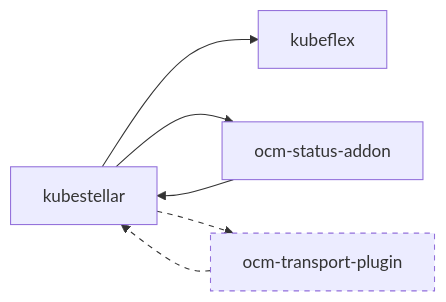
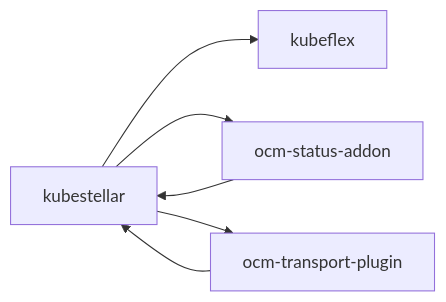
One commit to kubestellar/kubestellar changed the first of 4 diagrams in docs/content/v0.20/packaging.md. Above: the diagram before and after it, drawn with Mermaid. The commit also changed other lines of this file and 4 other files, not shown here.

````diff
--- a/docs/content/v0.20/packaging.md
+++ b/docs/content/v0.20/packaging.md
@@ -9,11 +7,8 @@
 ```mermaid
 flowchart LR
     kubestellar --> kubeflex
     kubestellar --> ocm-status-addon
     ocm-status-addon --> kubestellar
     ocm-transport-plugin --> kubestellar
-    style ocm-transport-plugin stroke-dasharray: 5 5
     kubestellar --> ocm-transport-plugin
-    linkStyle 3 stroke-dasharray: 5 5
-    linkStyle 4 stroke-dasharray: 5 5
 ```
````
